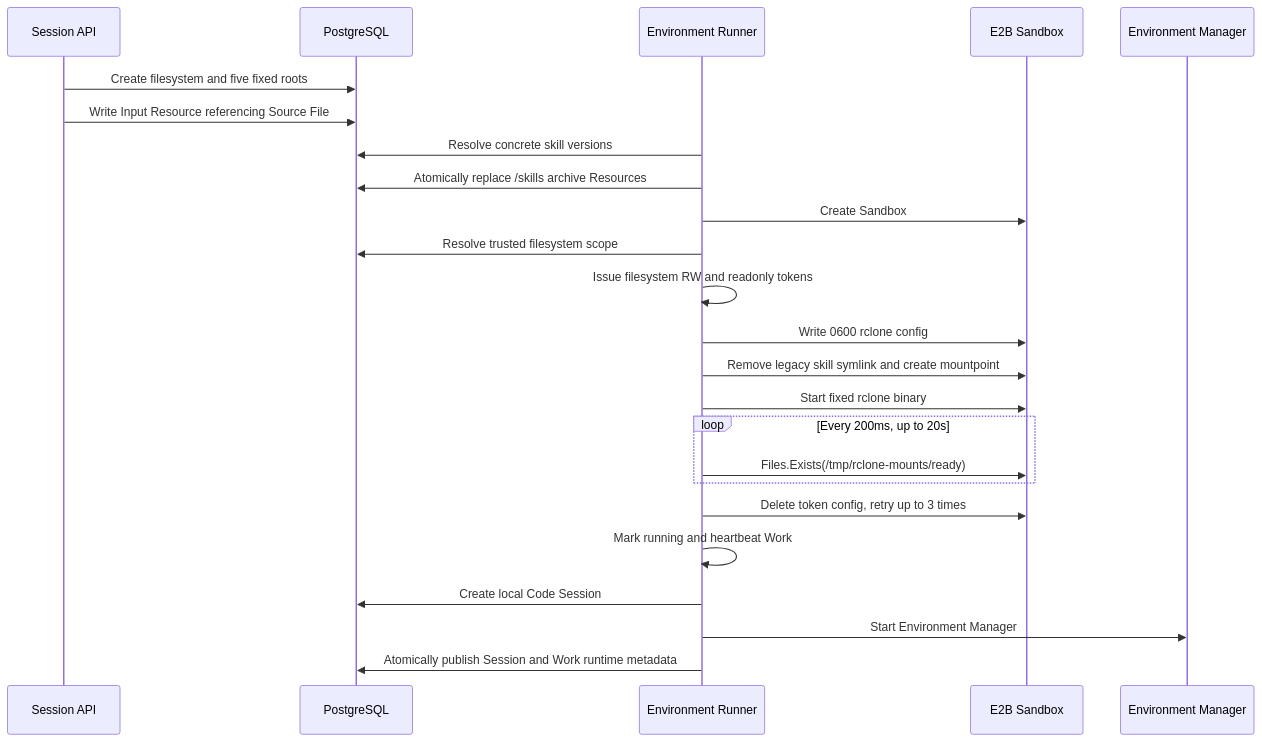
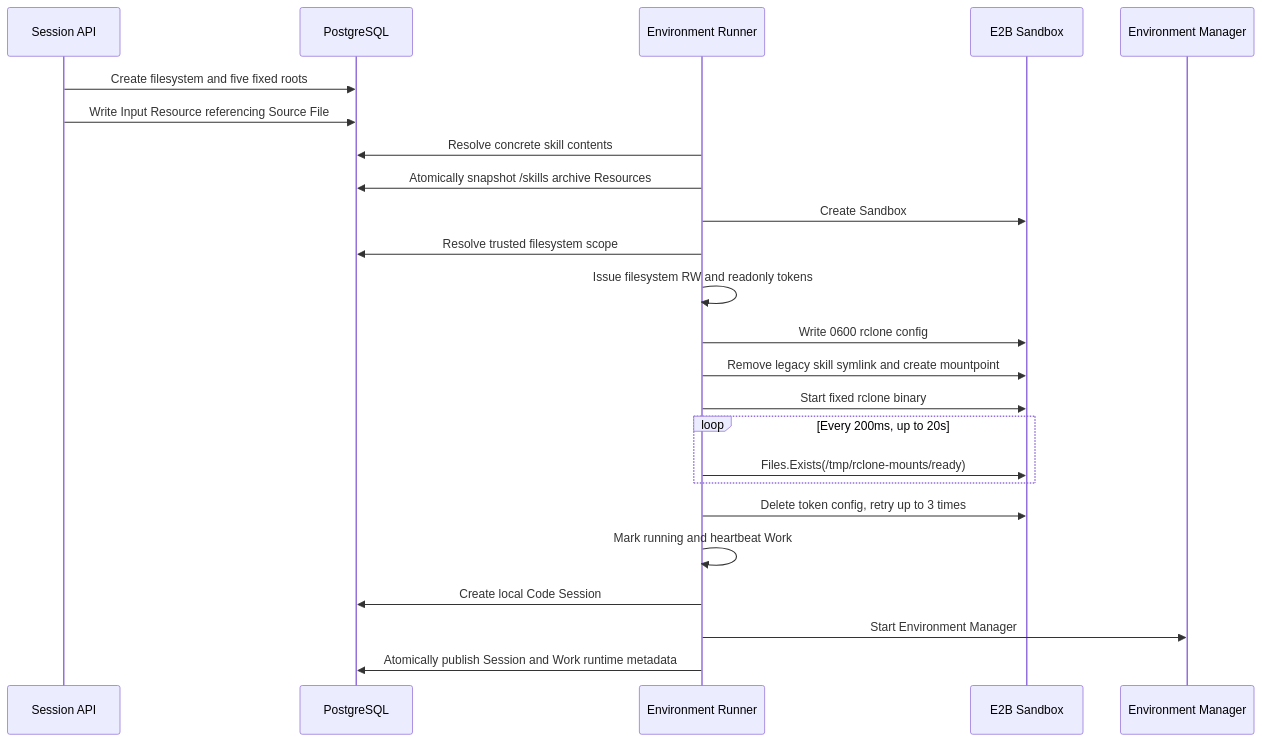
Before and after one commit to superduck-ai/open-managed-agents: the second of 4 diagrams in docs/design/be/filestore.md, drawn with Mermaid. The commit also changed other lines of this file and 19 other files, not shown here.

Commit message:
refactor: snapshot session skills as files

````diff
--- a/docs/design/be/filestore.md
+++ b/docs/design/be/filestore.md
@@ -143,26 +143,26 @@
 ```mermaid
 sequenceDiagram
     participant A as Session API
     participant D as PostgreSQL
     participant R as Environment Runner
     participant E as E2B Sandbox
     participant M as Environment Manager
     A->>D: Create filesystem and five fixed roots
     A->>D: Write Input Resource referencing Source File
-    R->>D: Resolve concrete skill versions
-    R->>D: Atomically replace /skills archive Resources
+    R->>D: Resolve concrete skill contents
+    R->>D: Atomically snapshot /skills archive Resources
     R->>E: Create Sandbox
     R->>D: Resolve trusted filesystem scope
     R->>R: Issue filesystem RW and readonly tokens
     R->>E: Write 0600 rclone config
     R->>E: Remove legacy skill symlink and create mountpoint
     R->>E: Start fixed rclone binary
     loop Every 200ms, up to 20s
         R->>E: Files.Exists(/tmp/rclone-mounts/ready)
     end
     R->>E: Delete token config, retry up to 3 times
     R->>R: Mark running and heartbeat Work
     R->>D: Create local Code Session
     R->>M: Start Environment Manager
     R->>D: Atomically publish Session and Work runtime metadata
 ```
````
